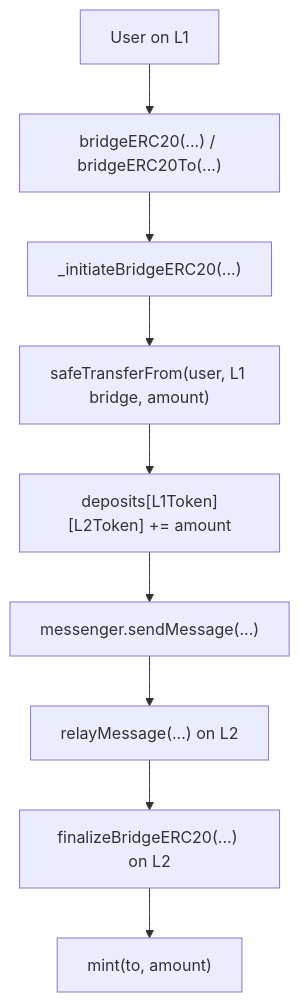
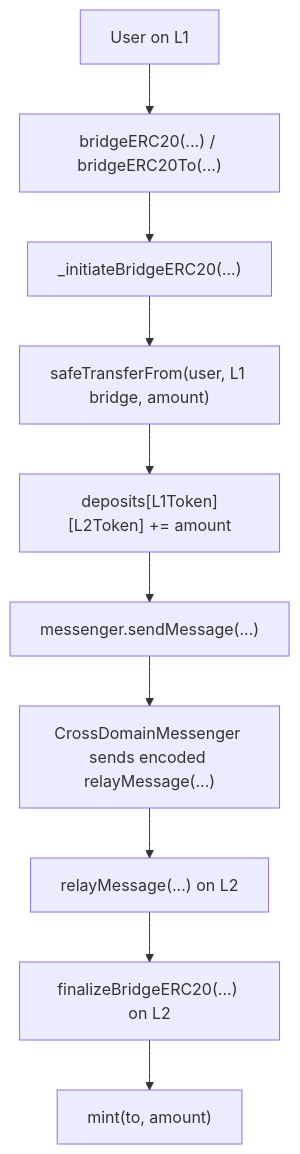
The first of 2 diagrams in README.md (Keedz1Off/optimism-bridge-flow-local-review), drawn with Mermaid before and after one commit. The commit also changed other lines of this file and 4 other files, not shown here.

Commit message:
Clarify Optimism bridge message flow

````diff
--- a/README.md
+++ b/README.md
@@ -25,11 +27,12 @@
 ```mermaid
 flowchart TD
     A["User on L1"] --> B["bridgeERC20(...) / bridgeERC20To(...)"]
     B --> C["_initiateBridgeERC20(...)"]
     C --> D["safeTransferFrom(user, L1 bridge, amount)"]
     D --> E["deposits[L1Token][L2Token] += amount"]
     E --> F["messenger.sendMessage(...)"]
-    F --> G["relayMessage(...) on L2"]
-    G --> H["finalizeBridgeERC20(...) on L2"]
-    H --> I["mint(to, amount)"]
+    F --> G["CrossDomainMessenger sends encoded relayMessage(...)"]
+    G --> H["relayMessage(...) on L2"]
+    H --> I["finalizeBridgeERC20(...) on L2"]
+    I --> J["mint(to, amount)"]
 ```
````
